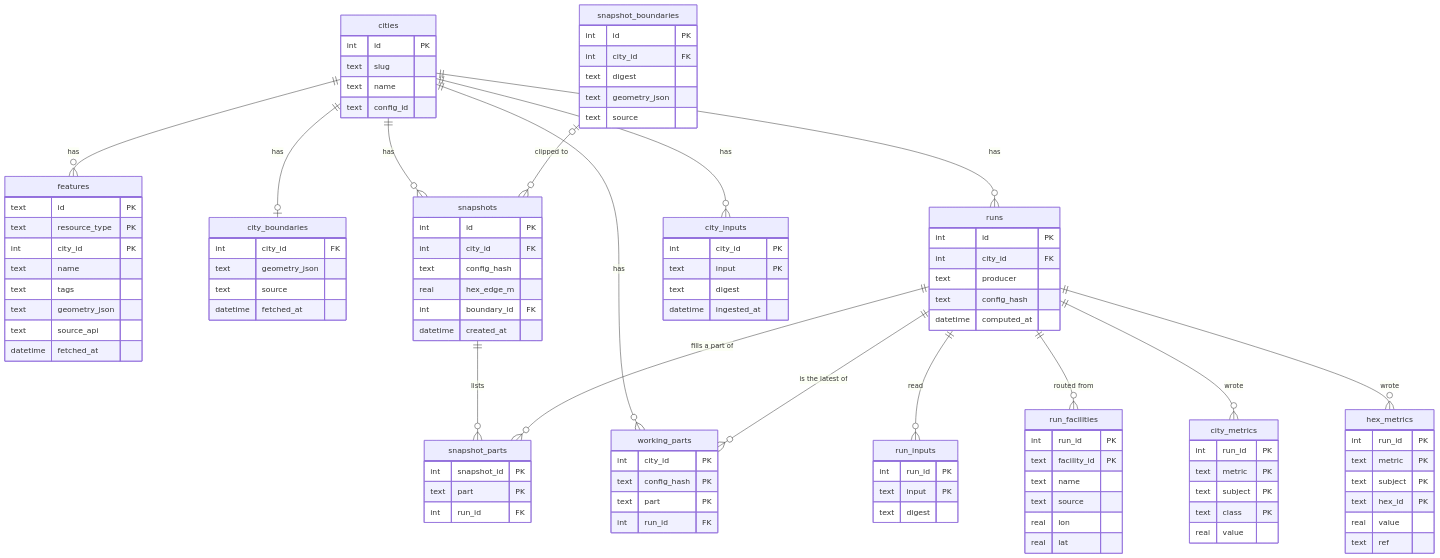
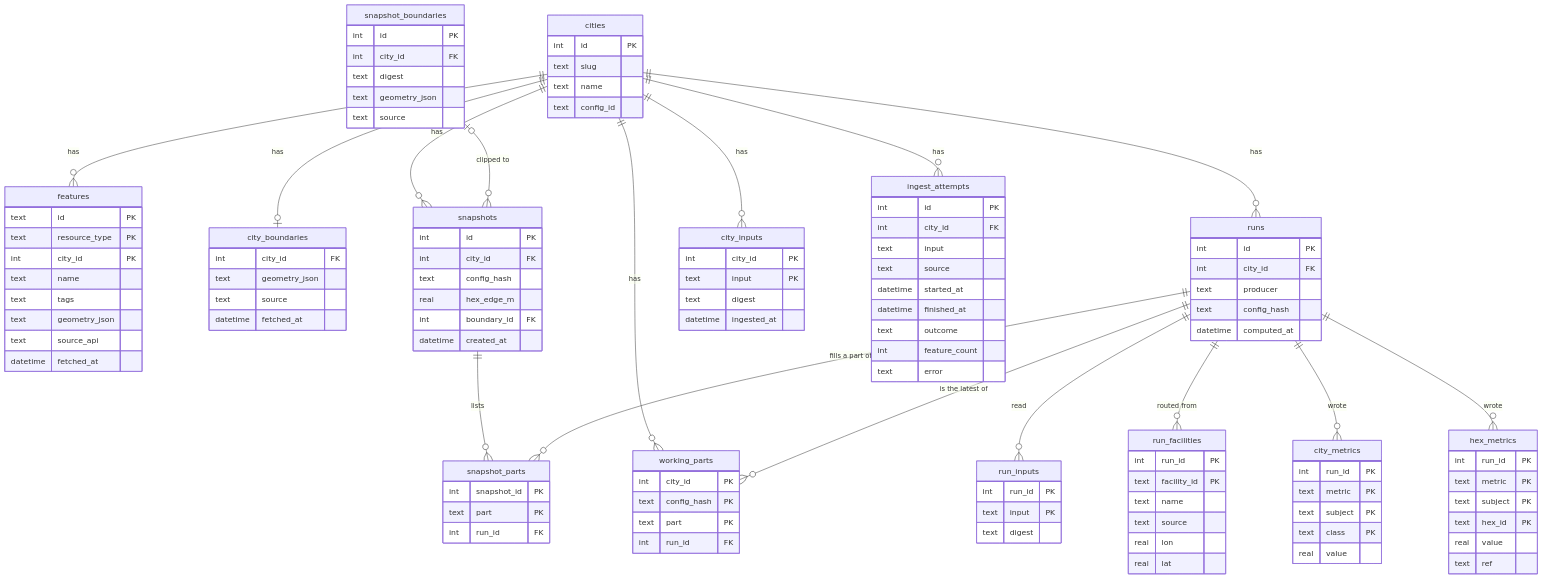
One commit to jcrussell/solvent-streets changed the third of 3 diagrams in docs/architecture.md. Above: the diagram before and after it, drawn with Mermaid. The commit also changed other lines of this file and 7 other files, not shown here.

First line of the commit message:
feat(db)!: record every ingest attempt, failures included, per city, input and source (solvent-streets-o831.1)

```diff
--- a/docs/architecture.md
+++ b/docs/architecture.md
@@ -194,6 +205,7 @@
     cities ||--o{ snapshots : has
     cities ||--o{ city_inputs : has
     cities ||--o{ working_parts : has
+    cities ||--o{ ingest_attempts : has
 
     snapshots ||--o{ snapshot_parts : lists
     snapshot_boundaries |o--o{ snapshots : "clipped to"
@@ -231,6 +243,17 @@
         text input PK
         text digest
         datetime ingested_at
+    }
+    ingest_attempts {
+        int id PK
+        int city_id FK
+        text input
+        text source
+        datetime started_at
+        datetime finished_at
+        text outcome
+        int feature_count
+        text error
     }
     runs {
         int id PK
```
